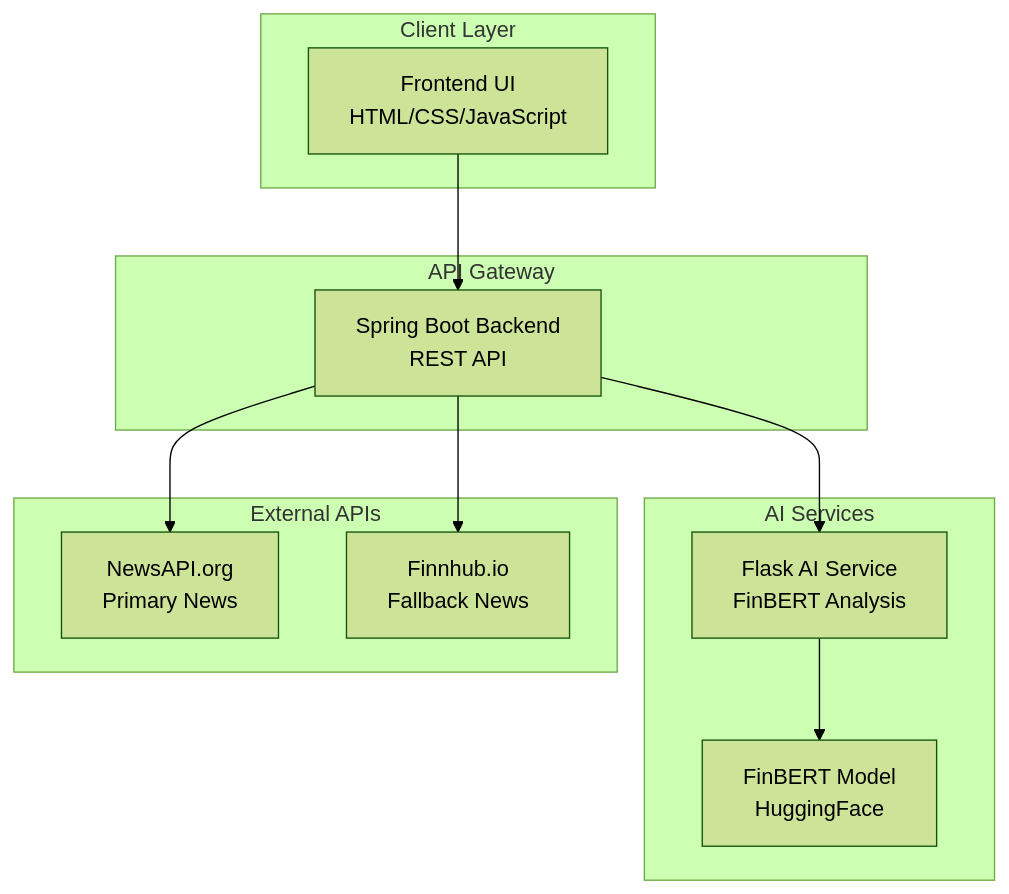
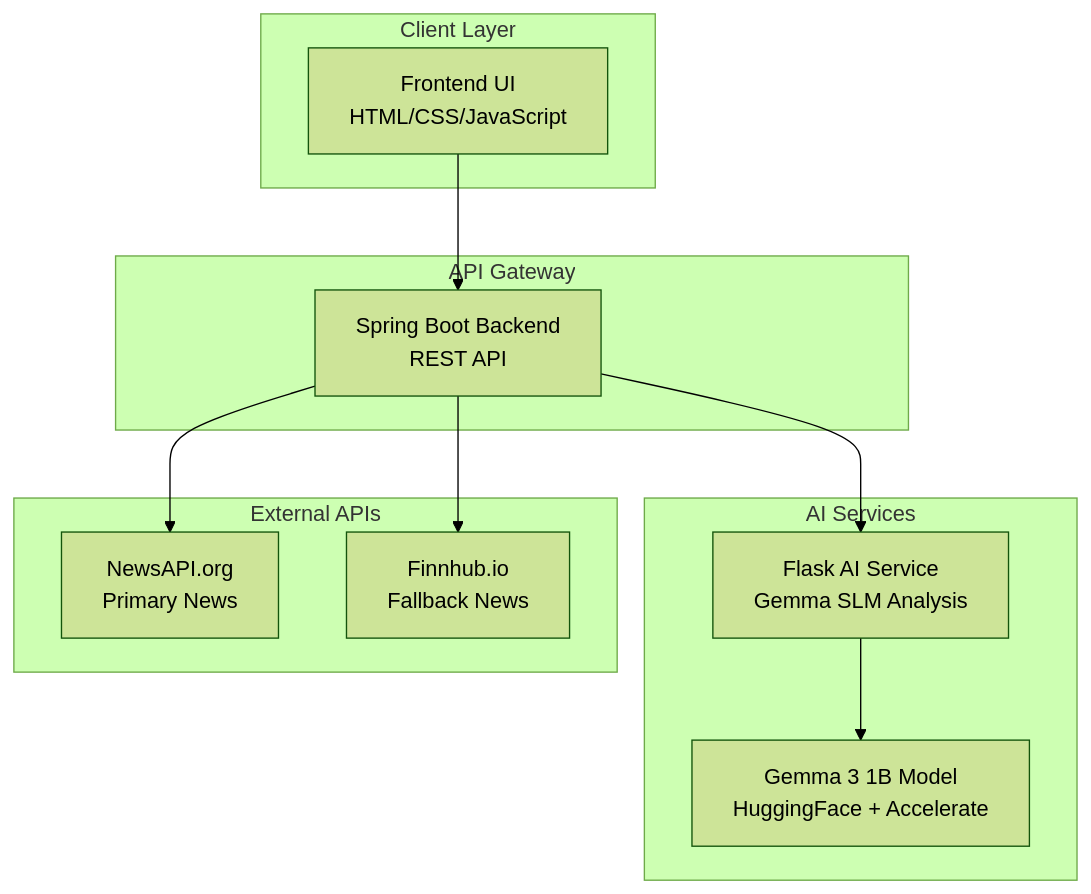
Before and after one commit to ayushtiwari1526/TheReinforcers_AyushTiwari: the diagram in .qoder/repowiki/en/content/Getting Started.md, drawn with Mermaid (forest theme). The commit also changed other lines of this file and 16 other files, not shown here.

````diff
--- a/.qoder/repowiki/en/content/Getting Started.md
+++ b/.qoder/repowiki/en/content/Getting Started.md
@@ -162,22 +170,22 @@
 ```mermaid
 graph TB
 subgraph "Client Layer"
 FE[Frontend UI<br/>HTML/CSS/JavaScript]
 end
 subgraph "API Gateway"
 BE[Spring Boot Backend<br/>REST API]
 end
 subgraph "AI Services"
-AI[Flask AI Service<br/>FinBERT Analysis]
-ML[FinBERT Model<br/>HuggingFace]
+AI[Flask AI Service<br/>Gemma SLM Analysis]
+GEMMA[Gemma 3 1B Model<br/>HuggingFace + Accelerate]
 end
 subgraph "External APIs"
 NA[NewsAPI.org<br/>Primary News]
 FH[Finnhub.io<br/>Fallback News]
 end
 FE --> BE
 BE --> AI
-AI --> ML
+AI --> GEMMA
 BE --> NA
 BE --> FH
 ```
````
